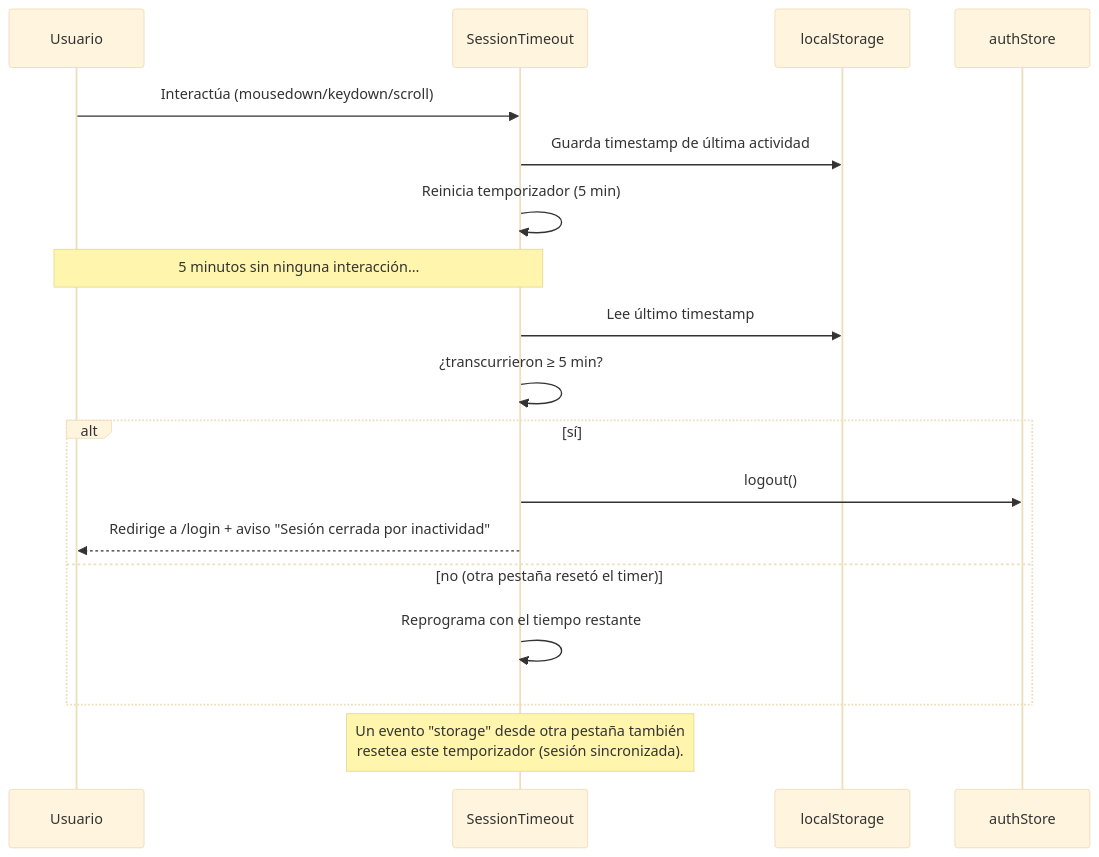
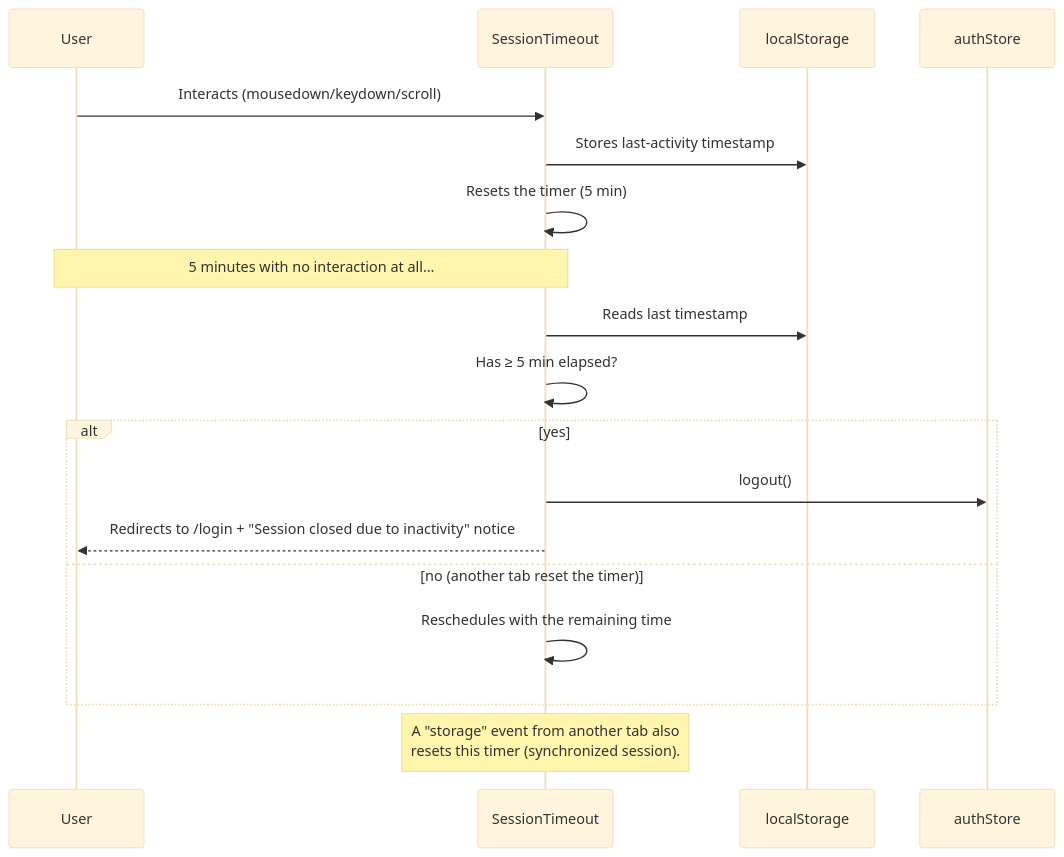
Before and after one commit to saulfrancoMeda/platform-natural-person: the fourth of 4 diagrams in README.md, drawn with Mermaid (base theme). The commit also changed other lines of this file, not shown here.

````diff
--- a/README.md
+++ b/README.md
@@ -460,24 +512,24 @@
 ```mermaid
 sequenceDiagram
-    participant U as Usuario
+    participant U as User
     participant ST as SessionTimeout
     participant LS as localStorage
     participant S as authStore
 
-    U->>ST: Interactúa (mousedown/keydown/scroll)
-    ST->>LS: Guarda timestamp de última actividad
-    ST->>ST: Reinicia temporizador (5 min)
+    U->>ST: Interacts (mousedown/keydown/scroll)
+    ST->>LS: Stores last-activity timestamp
+    ST->>ST: Resets the timer (5 min)
 
-    Note over U,ST: 5 minutos sin ninguna interacción…
+    Note over U,ST: 5 minutes with no interaction at all…
 
-    ST->>LS: Lee último timestamp
-    ST->>ST: ¿transcurrieron ≥ 5 min?
-    alt sí
+    ST->>LS: Reads last timestamp
+    ST->>ST: Has ≥ 5 min elapsed?
+    alt yes
         ST->>S: logout()
-        ST-->>U: Redirige a /login + aviso "Sesión cerrada por inactividad"
-    else no (otra pestaña resetó el timer)
-        ST->>ST: Reprograma con el tiempo restante
+        ST-->>U: Redirects to /login + "Session closed due to inactivity" notice
+    else no (another tab reset the timer)
+        ST->>ST: Reschedules with the remaining time
     end
 
-    Note over ST: Un evento "storage" desde otra pestaña también<br/>resetea este temporizador (sesión sincronizada).
+    Note over ST: A "storage" event from another tab also<br/>resets this timer (synchronized session).
 ```
````
